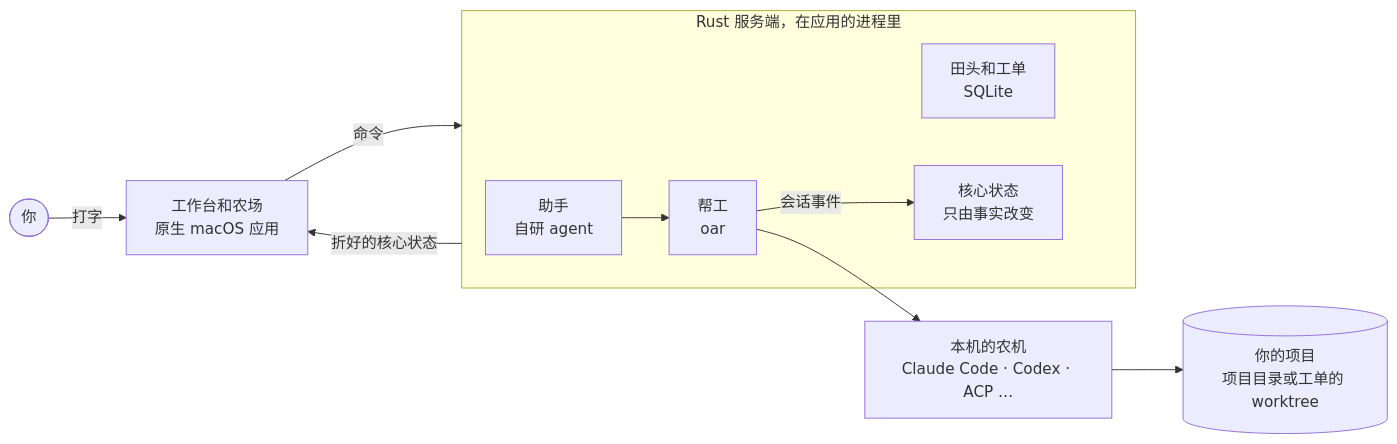
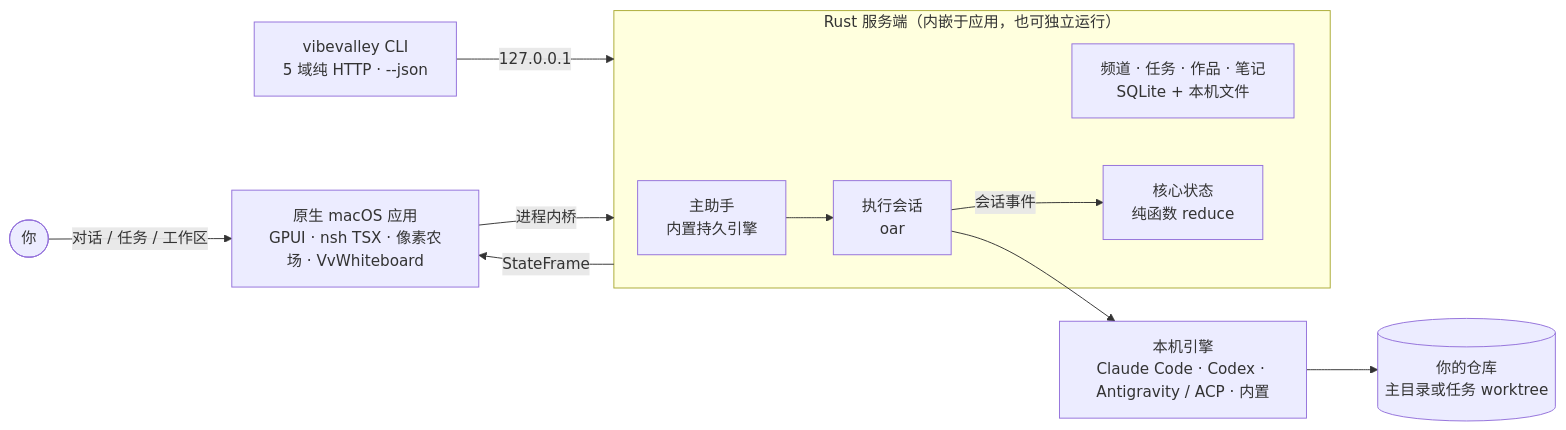
The diagram in README.md (vibevalleyhq/vibevalley), drawn with Mermaid before and after one commit. The commit also changed other lines of this file and 430 other files, not shown here.

First line of the commit message:
Add native whiteboard, Loro collab, unified content hub, OAR workspace chat, and bundle slimming (#272)

````diff
--- a/README.md
+++ b/README.md
@@ -28,16 +26,17 @@
 ```mermaid
 flowchart LR
-  you([你]) -- 打字 --> app[工作台和农场<br/>原生 macOS 应用]
-  app -- 命令 --> server
-  server -- 折好的核心状态 --> app
-  subgraph server[Rust 服务端，在应用的进程里]
-    manager[助手<br/>自研 agent]
-    chat[田头和工单<br/>SQLite]
-    site[核心状态<br/>只由事实改变]
-    sessions[帮工<br/>oar]
+  you(["你"]) -- "对话 / 任务 / 工作区" --> app["原生 macOS 应用<br/>GPUI · nsh TSX · 像素农场 · VvWhiteboard"]
+  cli["vibevalley CLI<br/>5 域纯 HTTP · --json"] -- "127.0.0.1" --> server
+  app -- "进程内桥" --> server
+  server -- "StateFrame" --> app
+  subgraph server["Rust 服务端（内嵌于应用，也可独立运行）"]
+    orch["主助手<br/>内置持久引擎"]
+    store["频道 · 任务 · 作品 · 笔记<br/>SQLite + 本机文件"]
+    core["核心状态<br/>纯函数 reduce"]
+    sess["执行会话<br/>oar"]
   end
-  manager --> sessions
-  sessions -- 会话事件 --> site
-  sessions --> rt[本机的农机<br/>Claude Code · Codex · ACP …]
-  rt --> repo[(你的项目<br/>项目目录或工单的 worktree)]
+  orch --> sess
+  sess -- "会话事件" --> core
+  sess --> engines["本机引擎<br/>Claude Code · Codex · Antigravity / ACP · 内置"]
+  engines --> repos[("你的仓库<br/>主目录或任务 worktree")]
 ```
````
